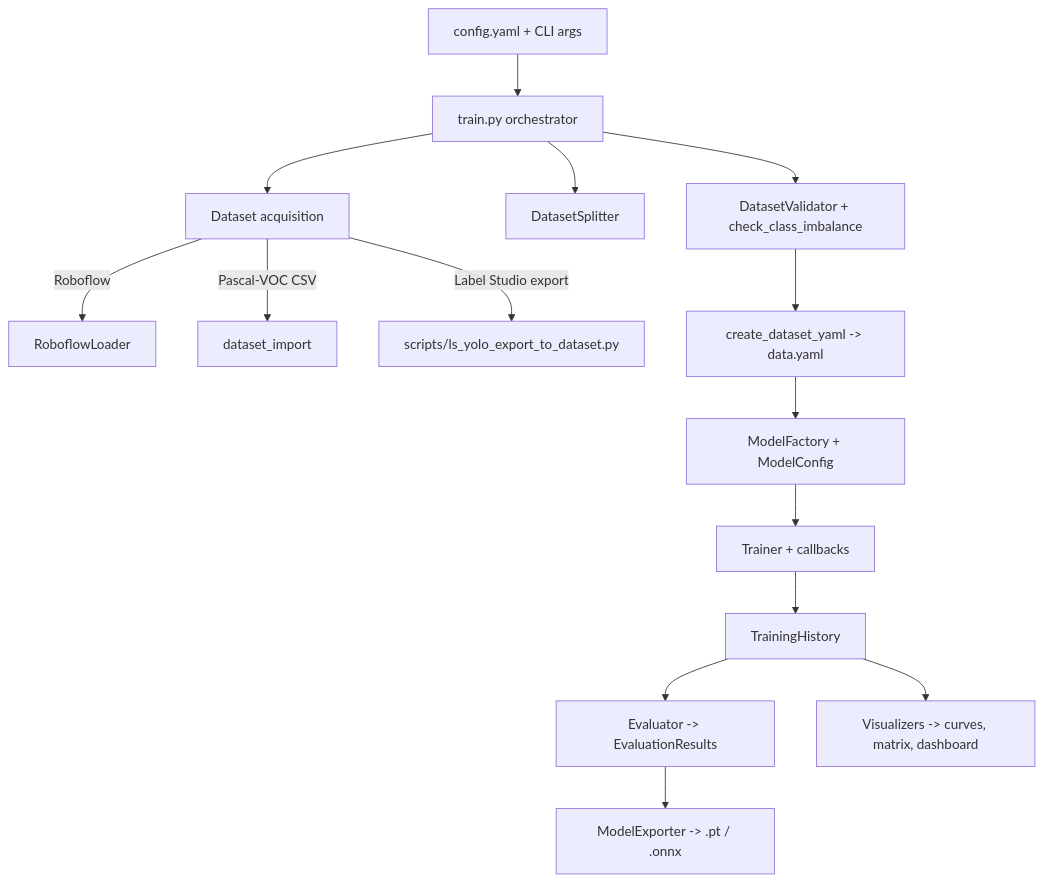
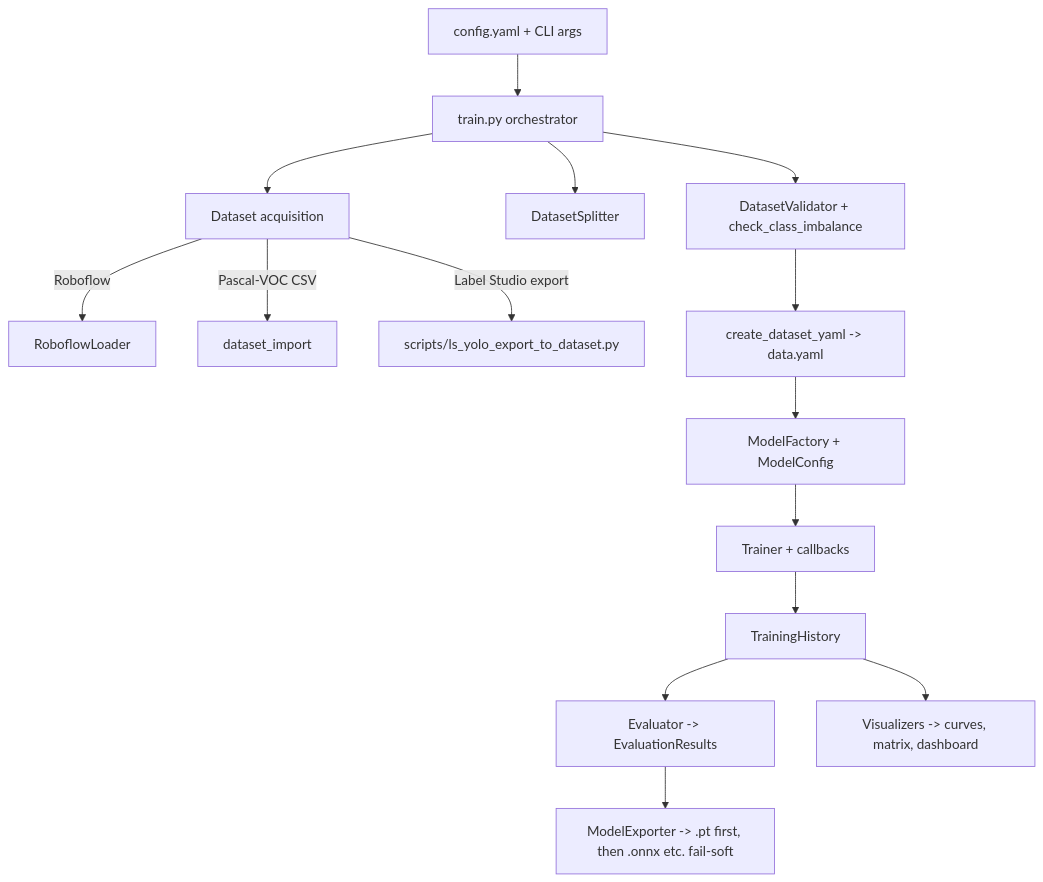
Before and after one commit to bossjones/screencropnet_yolov11: the diagram in docs/architecture.md, drawn with Mermaid. The commit also changed other lines of this file and 3 other files, not shown here.

First line of the commit message:
docs: document output.py, banner/artifacts table, and fail-soft export

````diff
--- a/docs/architecture.md
+++ b/docs/architecture.md
@@ -12,21 +12,21 @@
 ```mermaid
 flowchart TD
     Config[config.yaml + CLI args] --> Train[train.py orchestrator]
 
     Train --> Acquire[Dataset acquisition]
     Acquire -->|Roboflow| RF[RoboflowLoader]
     Acquire -->|Pascal-VOC CSV| DI[dataset_import]
     Acquire -->|Label Studio export| LS[scripts/ls_yolo_export_to_dataset.py]
 
     Train --> Split[DatasetSplitter]
     Train --> Validate[DatasetValidator + check_class_imbalance]
     Validate --> Yaml[create_dataset_yaml -> data.yaml]
 
     Yaml --> Factory[ModelFactory + ModelConfig]
     Factory --> Trainer[Trainer + callbacks]
     Trainer --> History[TrainingHistory]
 
     History --> Eval[Evaluator -> EvaluationResults]
-    Eval --> Export[ModelExporter -> .pt / .onnx]
+    Eval --> Export[ModelExporter -> .pt first, then .onnx etc. fail-soft]
     History --> Viz[Visualizers -> curves, matrix, dashboard]
 ```
````
